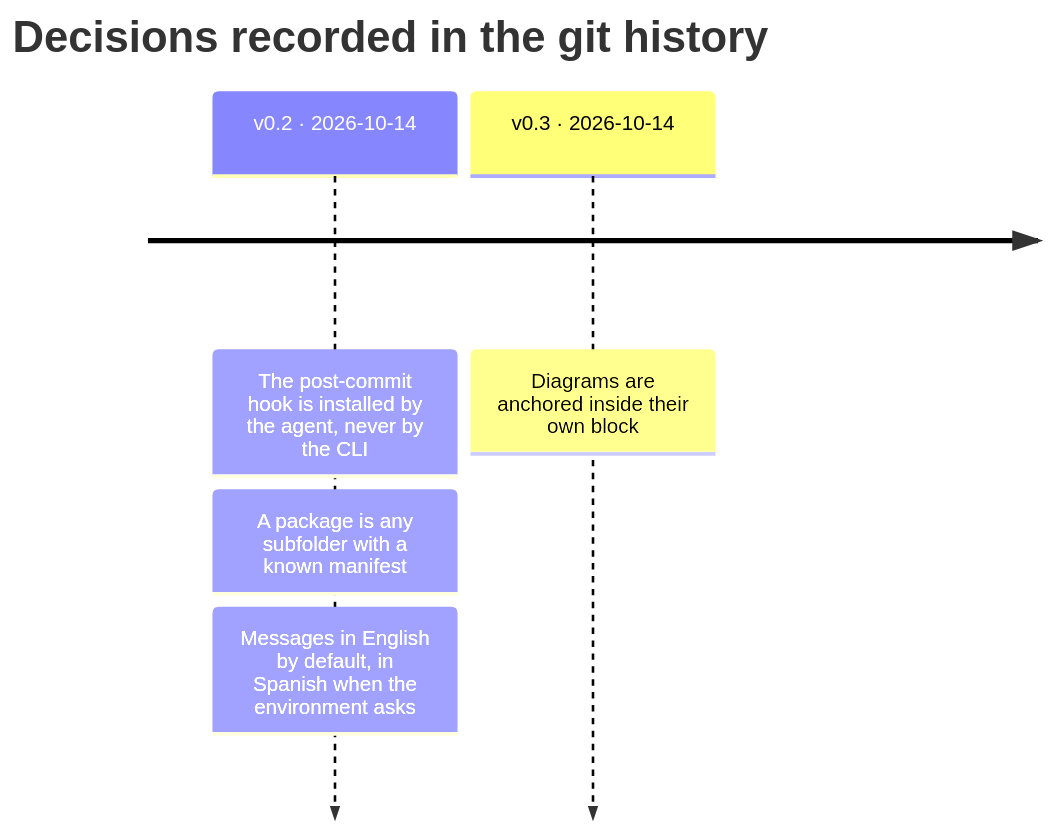
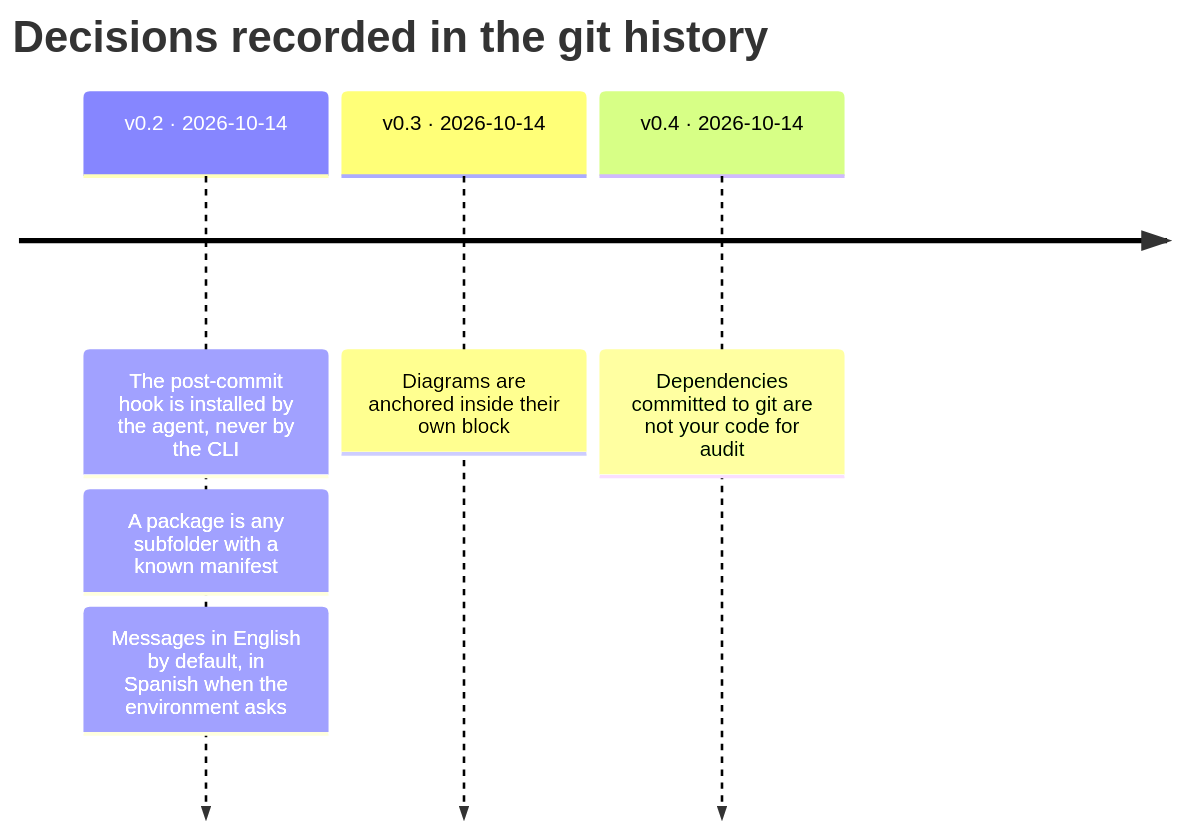
Before and after one commit to Nokky21/DocKeeper: the sixth of 6 diagrams in docs/architecture.md, drawn with Mermaid. The commit also changed 30 other files, not shown here.

````diff
--- a/docs/architecture.md
+++ b/docs/architecture.md
@@ -136,9 +136,11 @@
 ```mermaid
 timeline
   title Decisions recorded in the git history
   v0.2 · 2026-10-14 : The post-commit hook is installed by the agent, never by the CLI
                     : A package is any subfolder with a known manifest
                     : Messages in English by default, in Spanish when the environment asks
   v0.3 · 2026-10-14 : Diagrams are anchored inside their own block
+  v0.4 · 2026-10-14 : Dependencies committed to git are not your code for audit
   %% dockeeper: dockeeper/revision.py#revisar dockeeper/paquetes.py#detectar dockeeper/textos.py#espanol dockeeper/markdown.py#_fichas
+  %% dockeeper: dockeeper/paquetes.py#ajena
 ```
````
